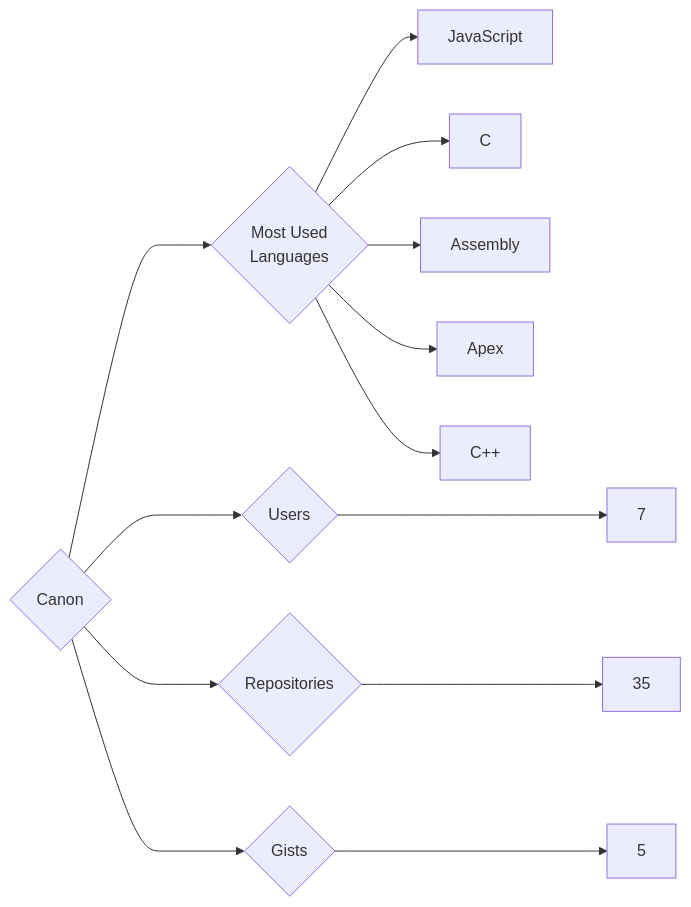
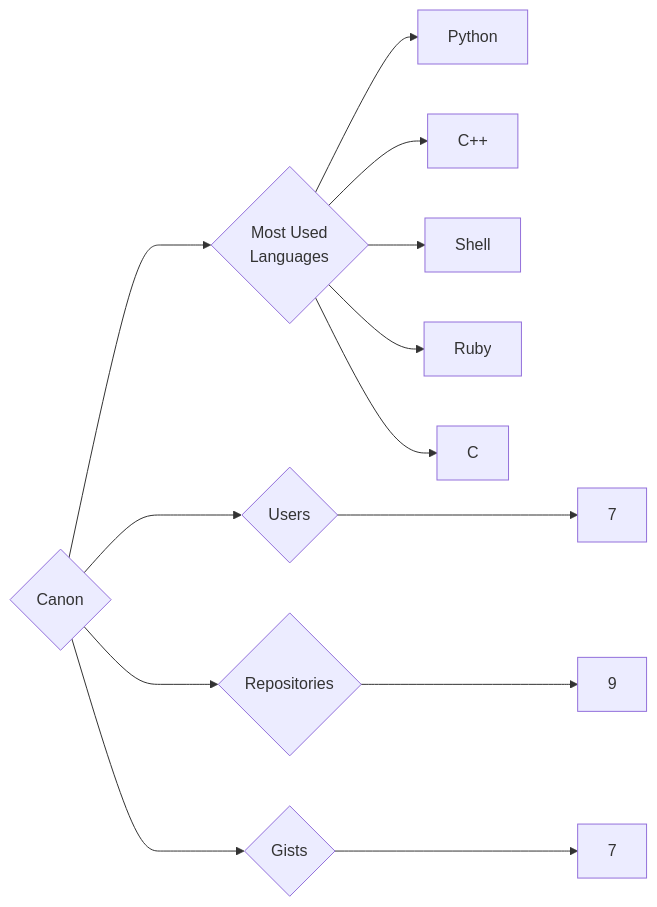
One commit to trickest/insiders changed the diagram in targets/Canon/README.md. Above: the diagram before and after it, drawn with Mermaid. The commit also changed 1007 other files, not shown here.

````diff
--- a/targets/Canon/README.md
+++ b/targets/Canon/README.md
@@ -3,13 +3,13 @@
 ```mermaid
 graph LR
 COMPANY_NAME{Canon}
 COMPANY_NAME ---> U{Users} ---> UN[7]
-COMPANY_NAME ---> R{Repositories} ---> RN[35]
-COMPANY_NAME ---> G{Gists} ---> GN[5]
+COMPANY_NAME ---> R{Repositories} ---> RN[9]
+COMPANY_NAME ---> G{Gists} ---> GN[7]
 COMPANY_NAME ---> ML{Most Used<br>Languages}
-ML --> JavaScript[JavaScript]
+ML --> Python[Python]
+ML --> C++[C++]
+ML --> Shell[Shell]
+ML --> Ruby[Ruby]
 ML --> C[C]
-ML --> Assembly[Assembly]
-ML --> Apex[Apex]
-ML --> C++[C++]
 ```
````
